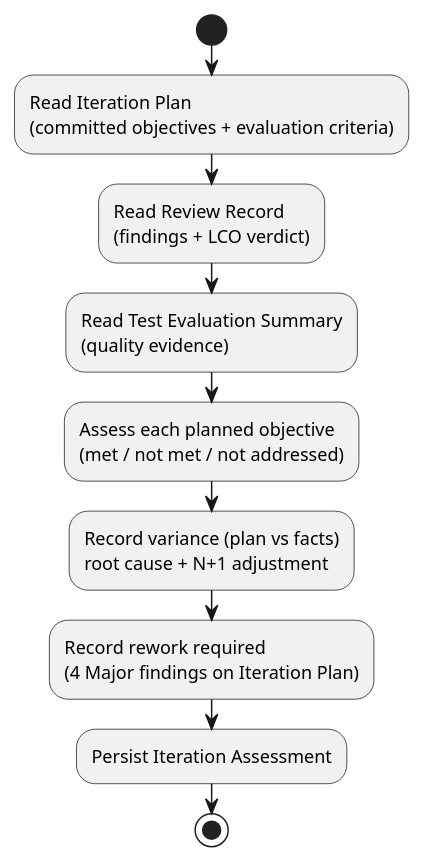
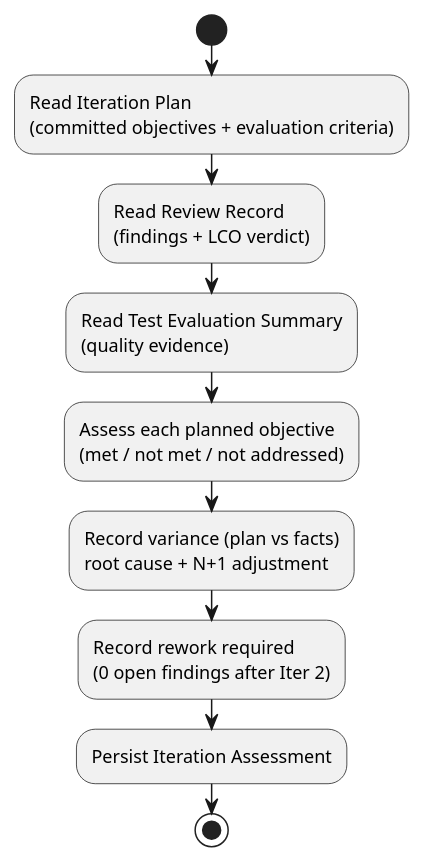
The diagram in docs/artifacts/project-management/iteration-assessment.md (banense-test/portal), drawn with PlantUML before and after one commit. The commit also changed other lines of this file, not shown here.

First line of the commit message:
Project Manager [I2]: upsert Iteration Assessment

````diff
--- a/docs/artifacts/project-management/iteration-assessment.md
+++ b/docs/artifacts/project-management/iteration-assessment.md
@@ -95,13 +95,13 @@
 ```plantuml
 @startuml
 start
 :Read Iteration Plan\n(committed objectives + evaluation criteria);
 :Read Review Record\n(findings + LCO verdict);
 :Read Test Evaluation Summary\n(quality evidence);
 :Assess each planned objective\n(met / not met / not addressed);
 :Record variance (plan vs facts)\nroot cause + N+1 adjustment;
-:Record rework required\n(4 Major findings on Iteration Plan);
+:Record rework required\n(0 open findings after Iter 2);
 :Persist Iteration Assessment;
 stop
 @enduml
 ```
````
